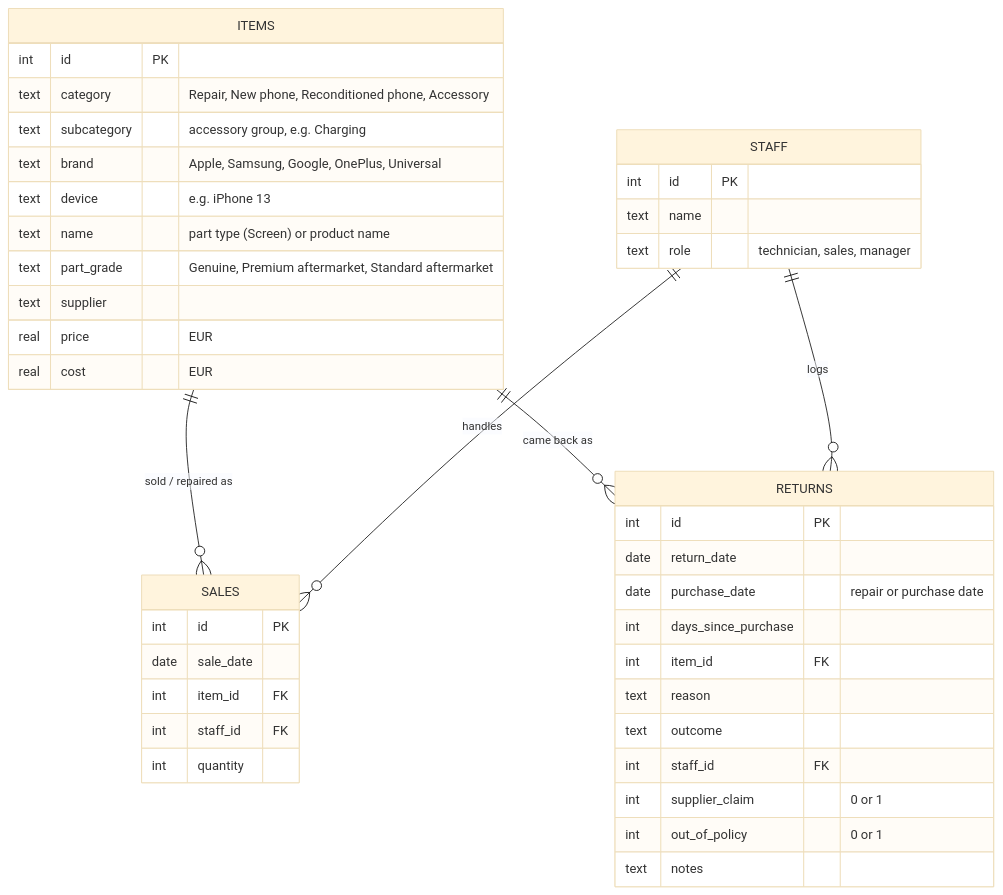
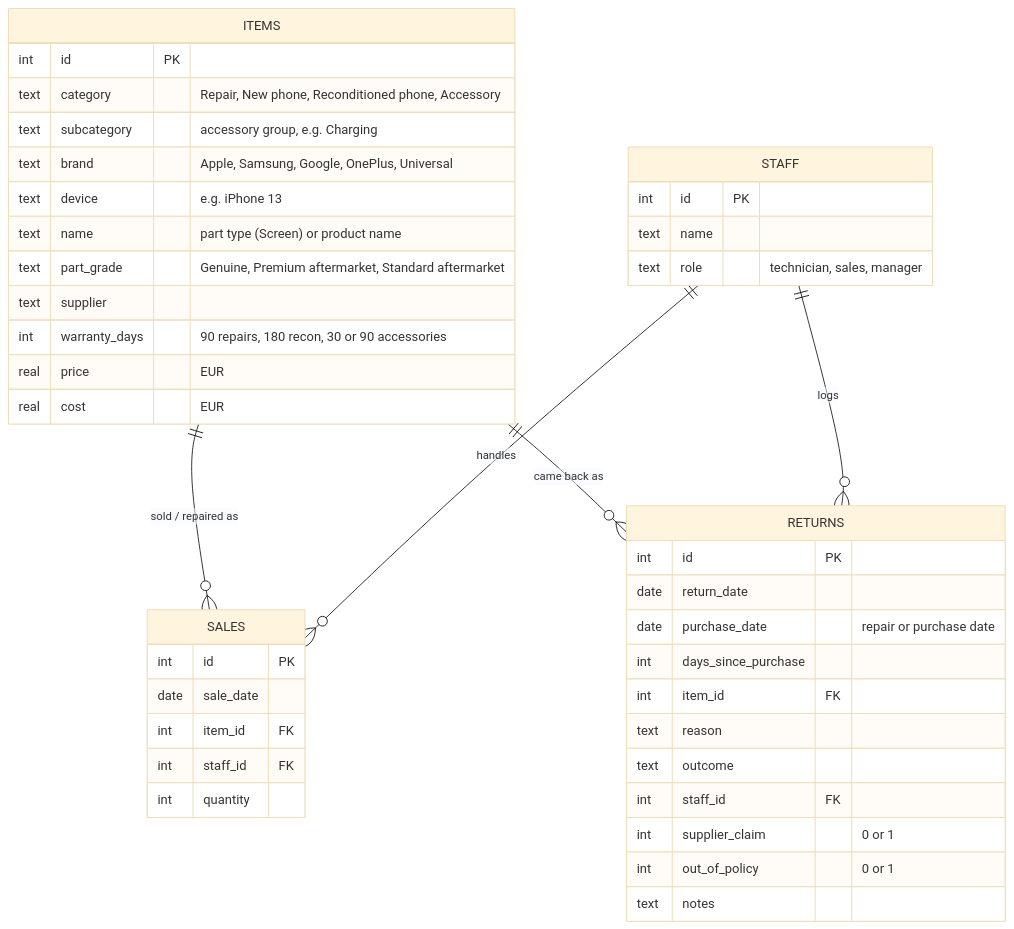
The first of 3 diagrams in docs/requirements.md (sanjayprakash-git/returns-tracker), drawn with Mermaid (base theme) before and after one commit. The commit also changed other lines of this file and 5 other files, not shown here.

Commit message:
Per-product accessory warranty (30 or 90 days), shown on the form and used in the policy check

````diff
--- a/docs/requirements.md
+++ b/docs/requirements.md
@@ -118,45 +118,46 @@
 ```mermaid
 erDiagram
     ITEMS ||--o{ SALES : "sold / repaired as"
     ITEMS ||--o{ RETURNS : "came back as"
     STAFF ||--o{ SALES : handles
     STAFF ||--o{ RETURNS : logs
 
     ITEMS {
         int id PK
         text category "Repair, New phone, Reconditioned phone, Accessory"
         text subcategory "accessory group, e.g. Charging"
         text brand "Apple, Samsung, Google, OnePlus, Universal"
         text device "e.g. iPhone 13"
         text name "part type (Screen) or product name"
         text part_grade "Genuine, Premium aftermarket, Standard aftermarket"
         text supplier
+        int warranty_days "90 repairs, 180 recon, 30 or 90 accessories"
         real price "EUR"
         real cost "EUR"
     }
     STAFF {
         int id PK
         text name
         text role "technician, sales, manager"
     }
     SALES {
         int id PK
         date sale_date
         int item_id FK
         int staff_id FK
         int quantity
     }
     RETURNS {
         int id PK
         date return_date
         date purchase_date "repair or purchase date"
         int days_since_purchase
         int item_id FK
         text reason
         text outcome
         int staff_id FK
         int supplier_claim "0 or 1"
         int out_of_policy "0 or 1"
         text notes
     }
 ```
````
